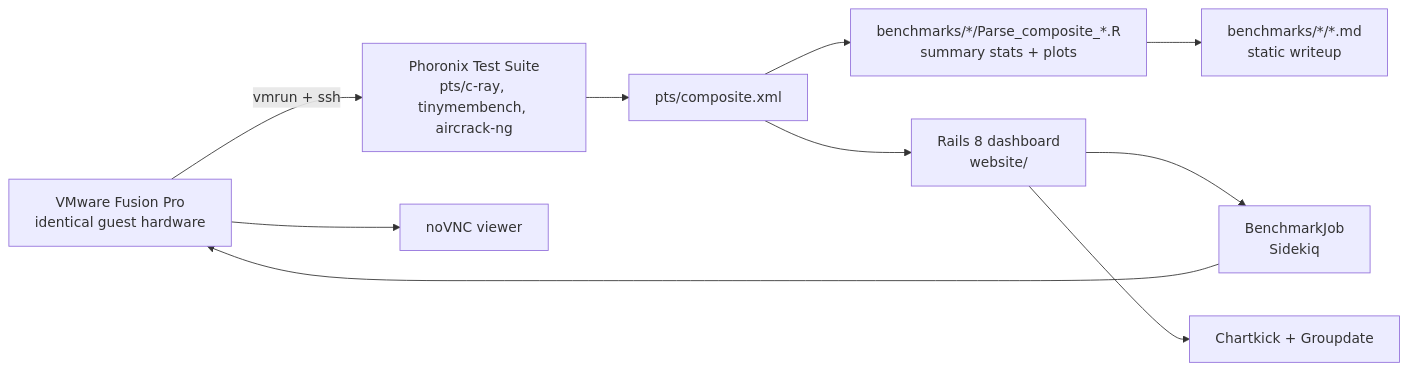
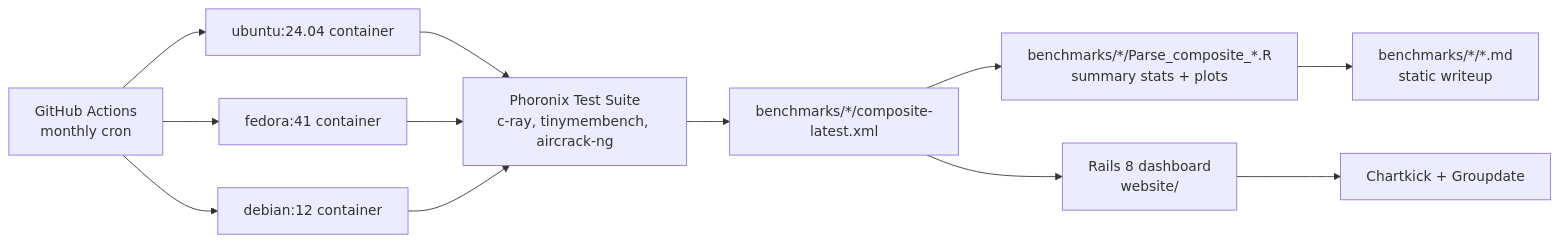
The diagram in README.md (Builder106/LinuxBenchHub), drawn with Mermaid before and after one commit. The commit also changed other lines of this file and 2 other files, not shown here.

First line of the commit message:
Rewrite docs and static site around the CI-capture architecture

````diff
--- a/README.md
+++ b/README.md
@@ -45,24 +44,27 @@
 ```mermaid
 flowchart LR
-  vm[VMware Fusion Pro<br/>identical guest hardware]
-  pts[Phoronix Test Suite<br/>pts/c-ray, tinymembench, aircrack-ng]
-  composite[pts/composite.xml]
+  cron[GitHub Actions<br/>monthly cron]
+  ubuntu[ubuntu:24.04 container]
+  fedora[fedora:41 container]
+  debian[debian:12 container]
+  pts[Phoronix Test Suite<br/>c-ray, tinymembench, aircrack-ng]
+  composite[benchmarks/*/composite-latest.xml]
   rparser[benchmarks/*/Parse_composite_*.R<br/>summary stats + plots]
   md[benchmarks/*/*.md<br/>static writeup]
 
-  vm -->|vmrun + ssh| pts
+  cron --> ubuntu
+  cron --> fedora
+  cron --> debian
+  ubuntu --> pts
+  fedora --> pts
+  debian --> pts
   pts --> composite
   composite --> rparser
   rparser --> md
 
   rails[Rails 8 dashboard<br/>website/]
-  job[BenchmarkJob<br/>Sidekiq]
-  novnc[noVNC viewer]
   charts[Chartkick + Groupdate]
 
   composite --> rails
-  rails --> job
-  job --> vm
-  vm --> novnc
   rails --> charts
 ```
````
